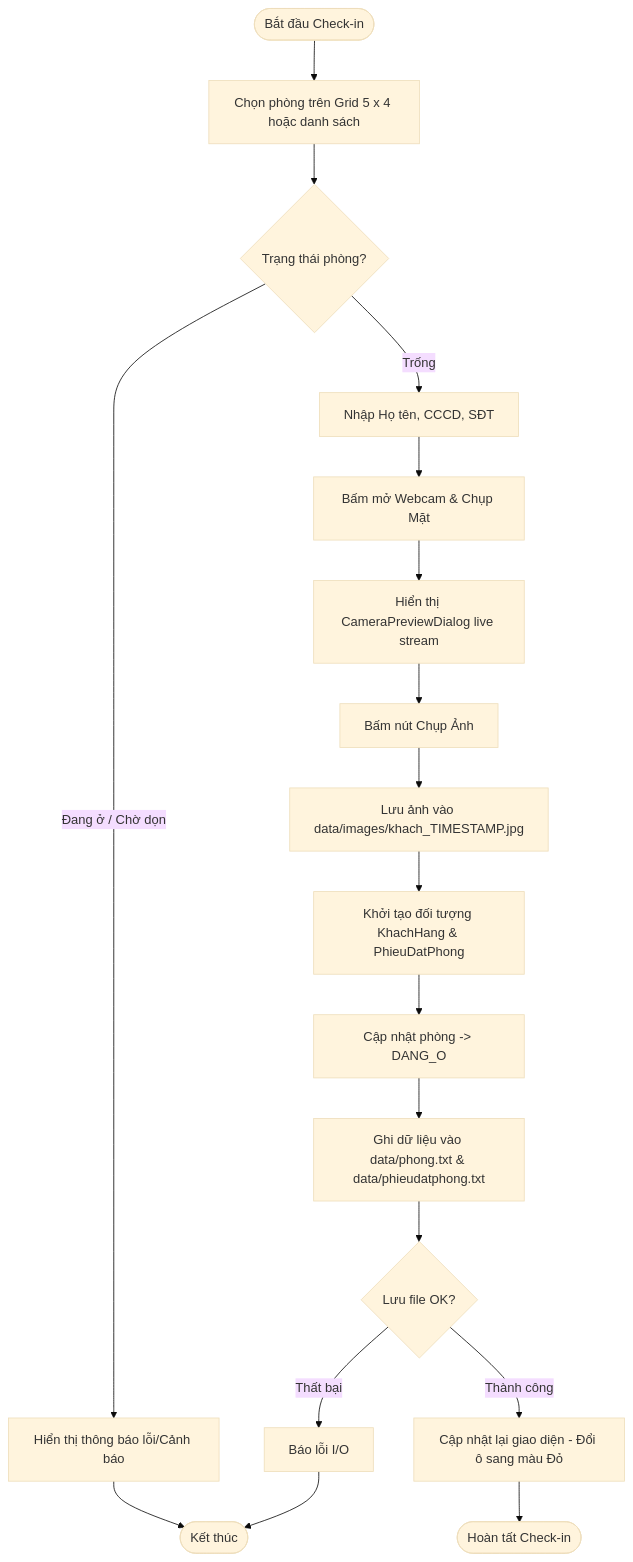
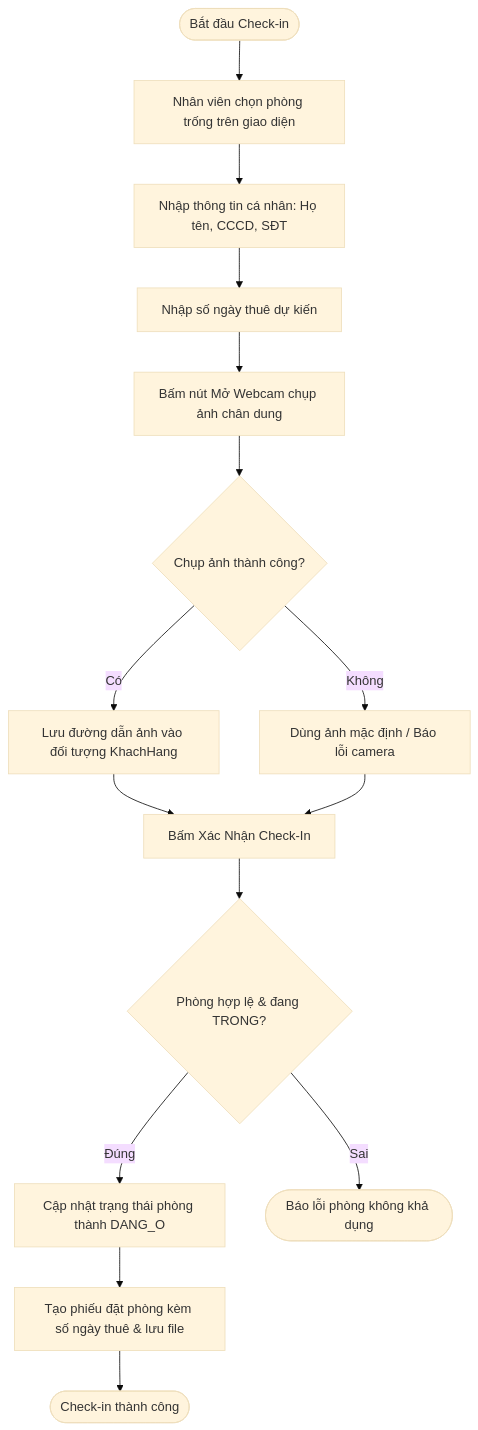
The diagram in docs/diagrams/activity_checkin.mmd (NNTTuan/HotelBookingSystem), drawn with Mermaid (base theme) before and after one commit. The commit also changed 7 other files, not shown here.

```diff
--- a/docs/diagrams/activity_checkin.mmd
+++ b/docs/diagrams/activity_checkin.mmd
@@ -1,22 +1,19 @@
 flowchart TD
-    Start([Bắt đầu Check-in]) --> SelectRoom[Chọn phòng trên Grid 5 x 4 hoặc danh sách]
-    SelectRoom --> CheckStatus{Trạng thái phòng?}
+    Start([Bắt đầu Check-in]) --> Step1[Nhân viên chọn phòng trống trên giao diện]
+    Step1 --> Step2[Nhập thông tin cá nhân: Họ tên, CCCD, SĐT]
+    Step2 --> Step3[Nhập số ngày thuê dự kiến]
+    Step3 --> Step4[Bấm nút Mở Webcam chụp ảnh chân dung]
 
-    CheckStatus -- Đang ở / Chờ dọn --> Error1[Hiển thị thông báo lỗi/Cảnh báo] --> End([Kết thúc])
+    Step4 --> CheckCam{Chụp ảnh thành công?}
+    CheckCam -- Có --> Step5[Lưu đường dẫn ảnh vào đối tượng KhachHang]
+    CheckCam -- Không --> Step6[Dùng ảnh mặc định / Báo lỗi camera]
 
-    CheckStatus -- Trống --> InputInfo[Nhập Họ tên, CCCD, SĐT]
-    InputInfo --> OpenCam[Bấm mở Webcam & Chụp Mặt]
+    Step5 --> Step7[Bấm Xác Nhận Check-In]
+    Step6 --> Step7
 
-    OpenCam --> CamFeed[Hiển thị CameraPreviewDialog live stream]
-    CamFeed --> Capture[Bấm nút Chụp Ảnh]
+    Step7 --> CheckValid{Phòng hợp lệ & đang TRONG?}
+    CheckValid -- Đúng --> Step8[Cập nhật trạng thái phòng thành DANG_O]
+    Step8 --> Step9[Tạo phiếu đặt phòng kèm số ngày thuê & lưu file]
+    Step9 --> Success([Check-in thành công])
 
-    Capture --> SaveImg[Lưu ảnh vào data/images/khach_TIMESTAMP.jpg]
-    SaveImg --> CreateObj[Khởi tạo đối tượng KhachHang & PhieuDatPhong]
-
-    CreateObj --> UpdateRoom[Cập nhật phòng -> DANG_O]
-    UpdateRoom --> WriteTXT[Ghi dữ liệu vào data/phong.txt & data/phieudatphong.txt]
-
-    WriteTXT --> SaveSuccess{Lưu file OK?}
-    SaveSuccess -- Thất bại --> Rollback[Báo lỗi I/O] --> End
-    SaveSuccess -- Thành công --> RefreshUI[Cập nhật lại giao diện - Đổi ô sang màu Đỏ]
-    RefreshUI --> Complete([Hoàn tất Check-in])
+    CheckValid -- Sai --> Error([Báo lỗi phòng không khả dụng])
```
